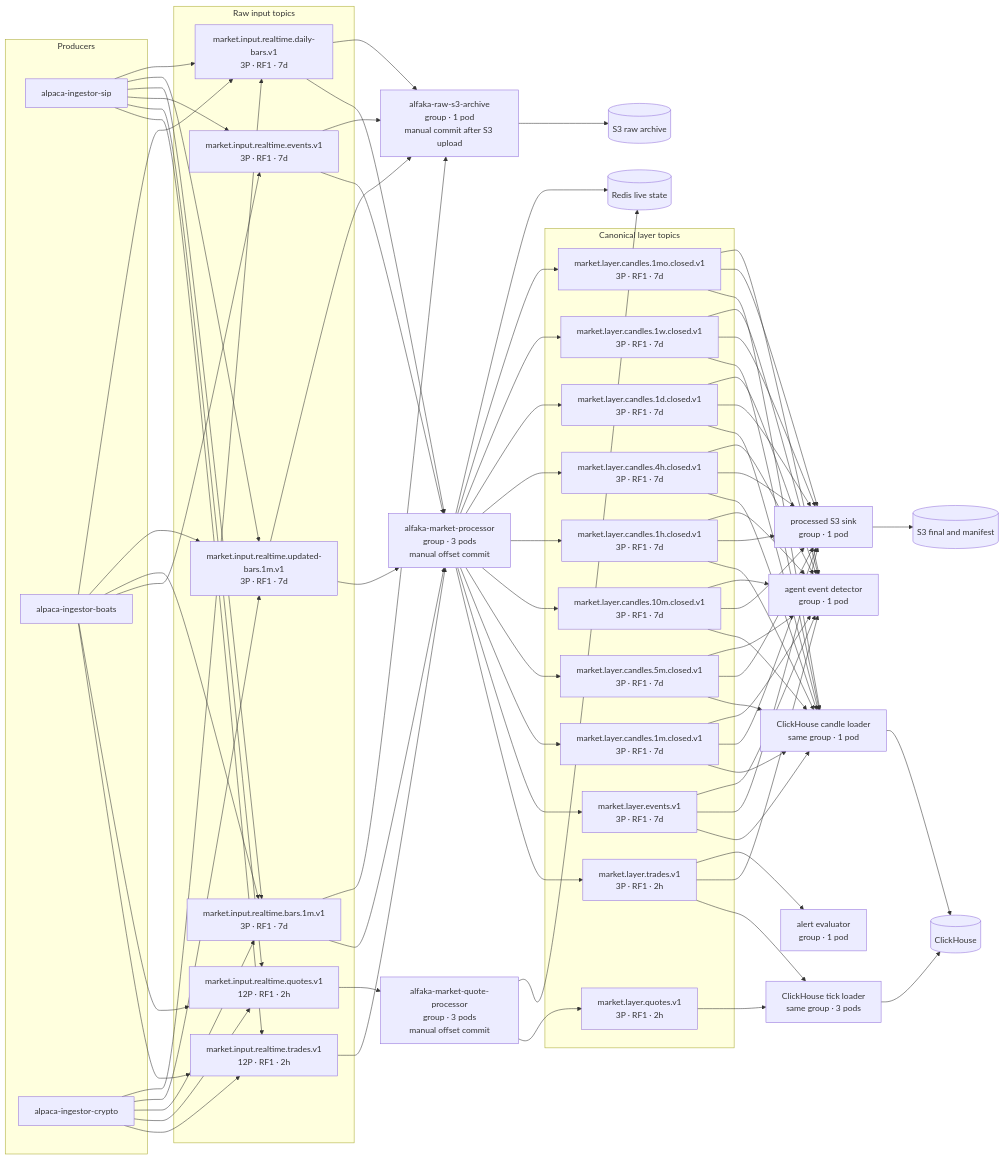
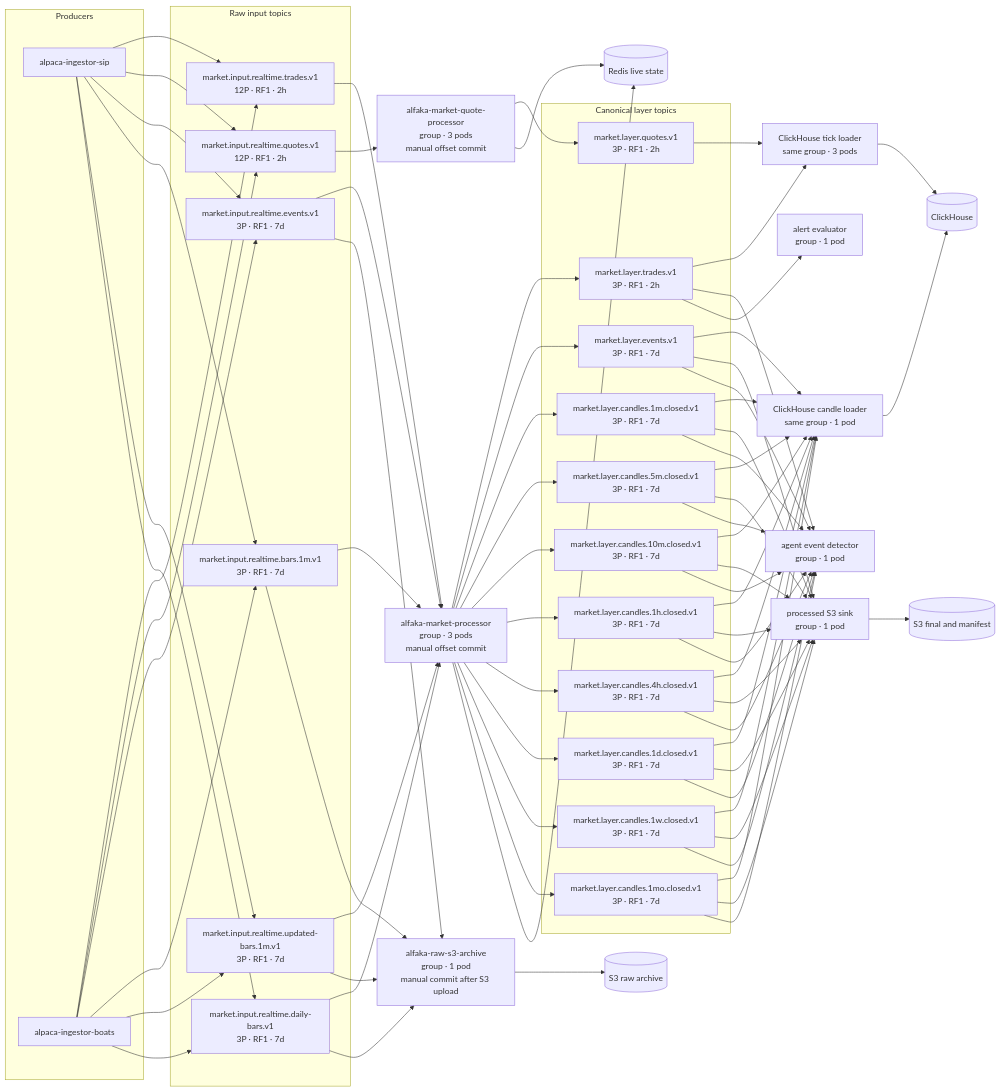
One commit to seunglee10/GOPS-BE changed the third of 7 diagrams in docs/KAFKA_ARCHITECTURE.md. Above: the diagram before and after it, drawn with Mermaid. The commit also changed 21 other files, not shown here.

```diff
--- a/docs/KAFKA_ARCHITECTURE.md
+++ b/docs/KAFKA_ARCHITECTURE.md
@@ -157,7 +157,6 @@
   subgraph Ingestors["Producers"]
     SIP["alpaca-ingestor-sip"]
     BOATS["alpaca-ingestor-boats"]
-    Crypto["alpaca-ingestor-crypto"]
   end
 
   subgraph Raw["Raw input topics"]
@@ -209,12 +208,6 @@
   BOATS --> RB
   BOATS --> RU
   BOATS --> RD
-  Crypto --> RT
-  Crypto --> RQ
-  Crypto --> RB
-  Crypto --> RU
-  Crypto --> RD
-
   RT --> MarketProcessor
   RE --> MarketProcessor
   RB --> MarketProcessor
```
